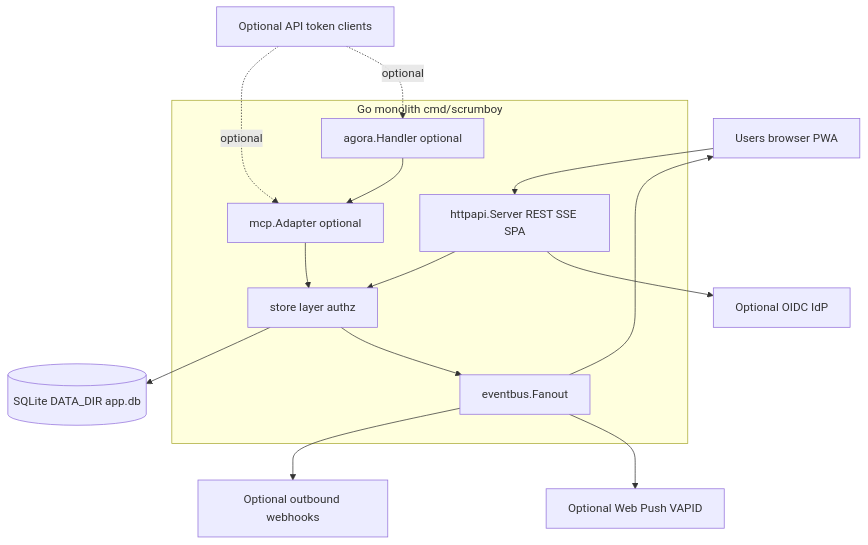
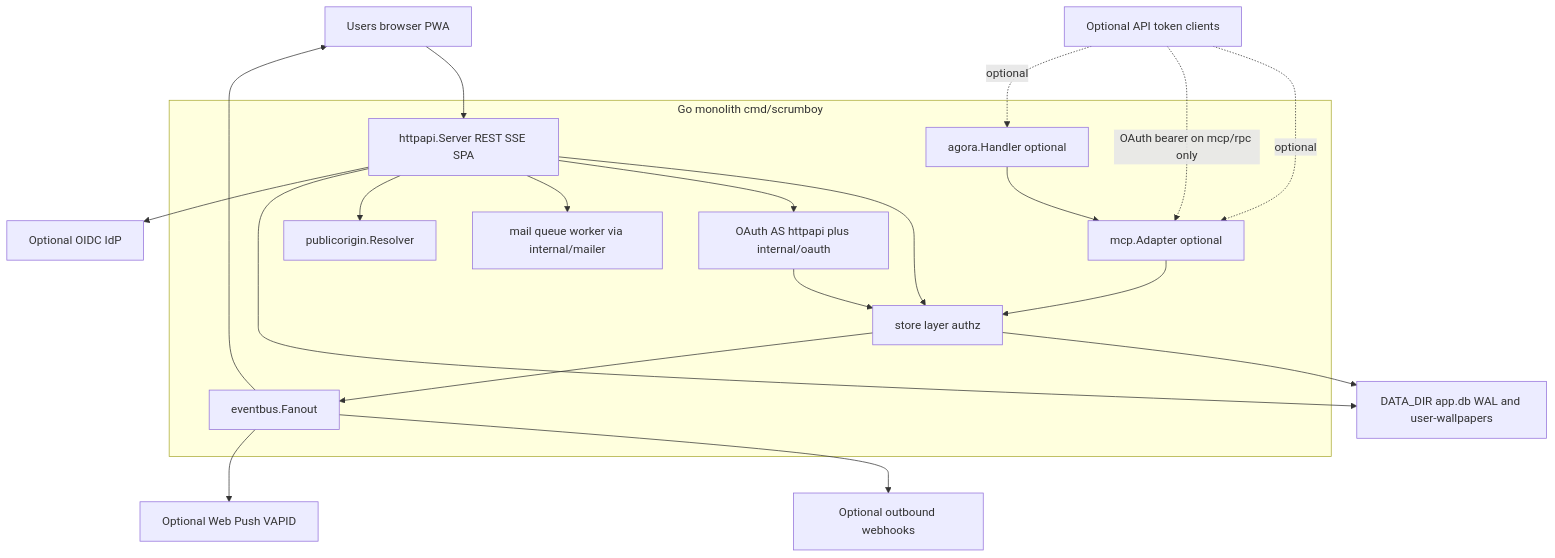
Before and after one commit to bhardwajRahul/scrumboy: the diagram in docs/diagrams/scrumboy_overview.md, drawn with Mermaid. The commit also changed other lines of this file and 38 other files, not shown here.

````diff
--- a/docs/diagrams/scrumboy_overview.md
+++ b/docs/diagrams/scrumboy_overview.md
@@ -5,31 +5,40 @@
 ```mermaid
 flowchart TB
   Users[Users browser PWA]
 
   subgraph monolith [Go monolith cmd/scrumboy]
     HTTP[httpapi.Server REST SSE SPA]
+    OAuthAS[OAuth AS httpapi plus internal/oauth]
+    Mail[mail queue worker via internal/mailer]
+    Origin[publicorigin.Resolver]
     Store[store layer authz]
     Bus[eventbus.Fanout]
     MCP[mcp.Adapter optional]
     Agora[agora.Handler optional]
   end
 
-  DB[(SQLite DATA_DIR app.db)]
+  DataDir["DATA_DIR app.db WAL and user-wallpapers"]
   IdP[Optional OIDC IdP]
   Hooks[Optional outbound webhooks]
   Push[Optional Web Push VAPID]
   Auto[Optional API token clients]
 
   Users --> HTTP
   HTTP --> Store
-  Store --> DB
+  HTTP --> OAuthAS
+  HTTP --> Mail
+  HTTP --> Origin
+  Store --> DataDir
+  HTTP --> DataDir
   HTTP --> IdP
+  OAuthAS --> Store
   Store --> Bus
   Bus --> Users
   Bus --> Hooks
   Bus --> Push
   Auto -. optional .-> MCP
+  Auto -. OAuth bearer on mcp/rpc only .-> MCP
   Auto -. optional .-> Agora
   MCP --> Store
   Agora --> MCP
 ```
````
